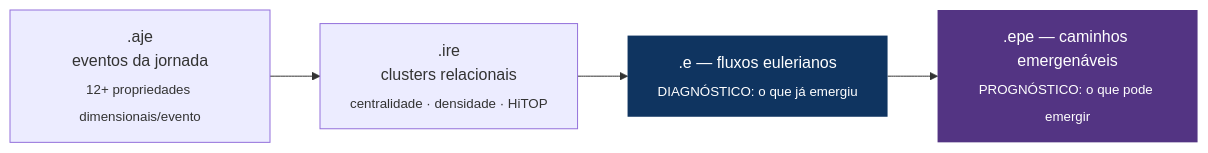
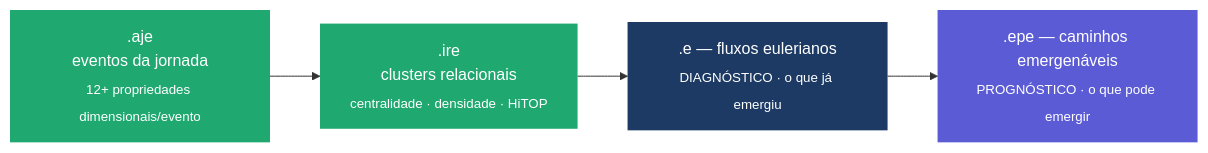
Before and after one commit to myselfgus/m: the fifth of 13 diagrams in README.md, drawn with Mermaid. The commit also changed other lines of this file, not shown here.

First line of the commit message:
docs(readme): re-tematiza mermaids no design system + assistente, perfil, elevação

````diff
--- a/README.md
+++ b/README.md
@@ -182,11 +203,13 @@
 ```mermaid
+%%{init: {'theme':'base','themeVariables':{'fontFamily':'-apple-system,BlinkMacSystemFont,"SF Pro Text","Helvetica Neue",Arial,sans-serif','fontSize':'14px','primaryColor':'#EEF2F7','primaryTextColor':'#1C2533','lineColor':'#64748B'}}}%%
 flowchart LR
-    AJE[".aje<br/>eventos da jornada<br/><sub>12+ propriedades dimensionais/evento</sub>"]
-    IRE[".ire<br/>clusters relacionais<br/><sub>centralidade · densidade · HiTOP</sub>"]
-    E[".e — fluxos eulerianos<br/><sub>DIAGNÓSTICO: o que já emergiu</sub>"]
-    EPE[".epe — caminhos emergenáveis<br/><sub>PROGNÓSTICO: o que pode emergir</sub>"]
+    AJE[".aje<br/>eventos da jornada<br/><sub>12+ propriedades dimensionais/evento</sub>"]:::gem
+    IRE[".ire<br/>clusters relacionais<br/><sub>centralidade · densidade · HiTOP</sub>"]:::gem
+    E[".e — fluxos eulerianos<br/><sub>DIAGNÓSTICO · o que já emergiu</sub>"]:::diag
+    EPE[".epe — caminhos emergenáveis<br/><sub>PROGNÓSTICO · o que pode emergir</sub>"]:::prog
 
     AJE --> IRE --> E --> EPE
-    style E fill:#0f3460,color:#fff,stroke:none
-    style EPE fill:#533483,color:#fff,stroke:none
+    classDef gem fill:#1FA86F,color:#fff,stroke:none
+    classDef diag fill:#1C3A63,color:#fff,stroke:none
+    classDef prog fill:#5B5BD6,color:#fff,stroke:none
 ```
````
